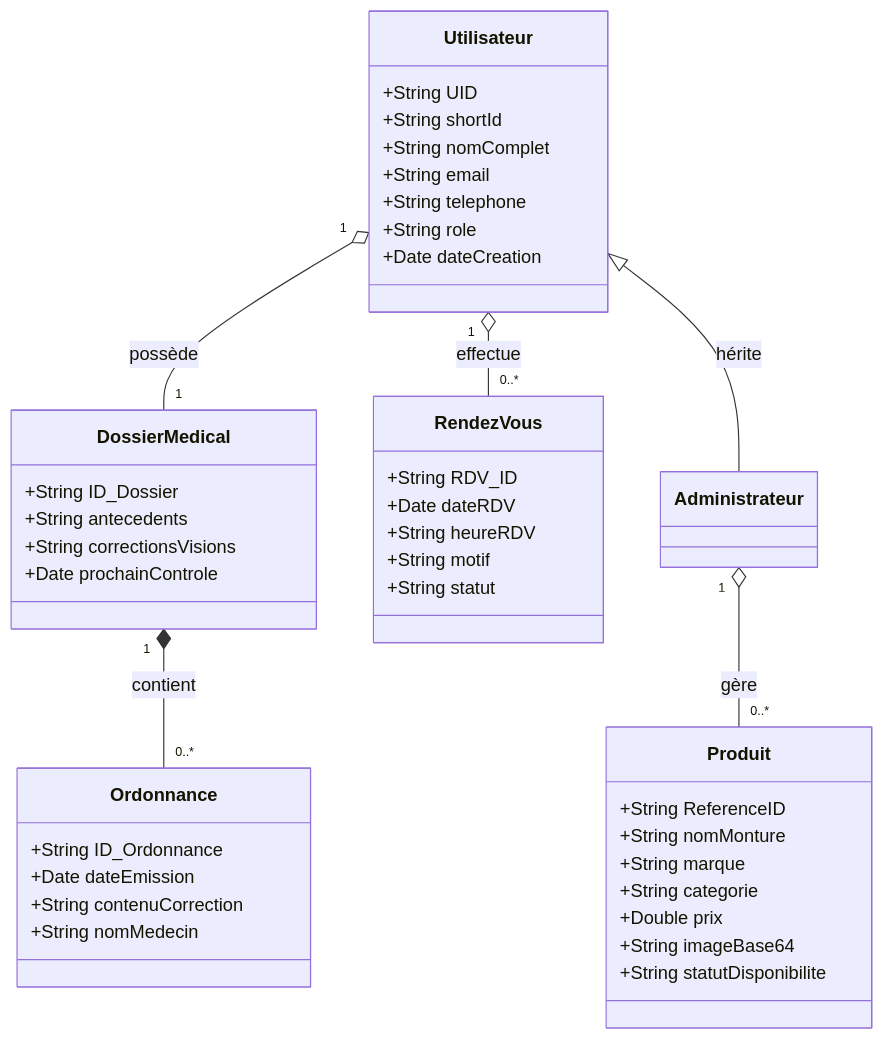
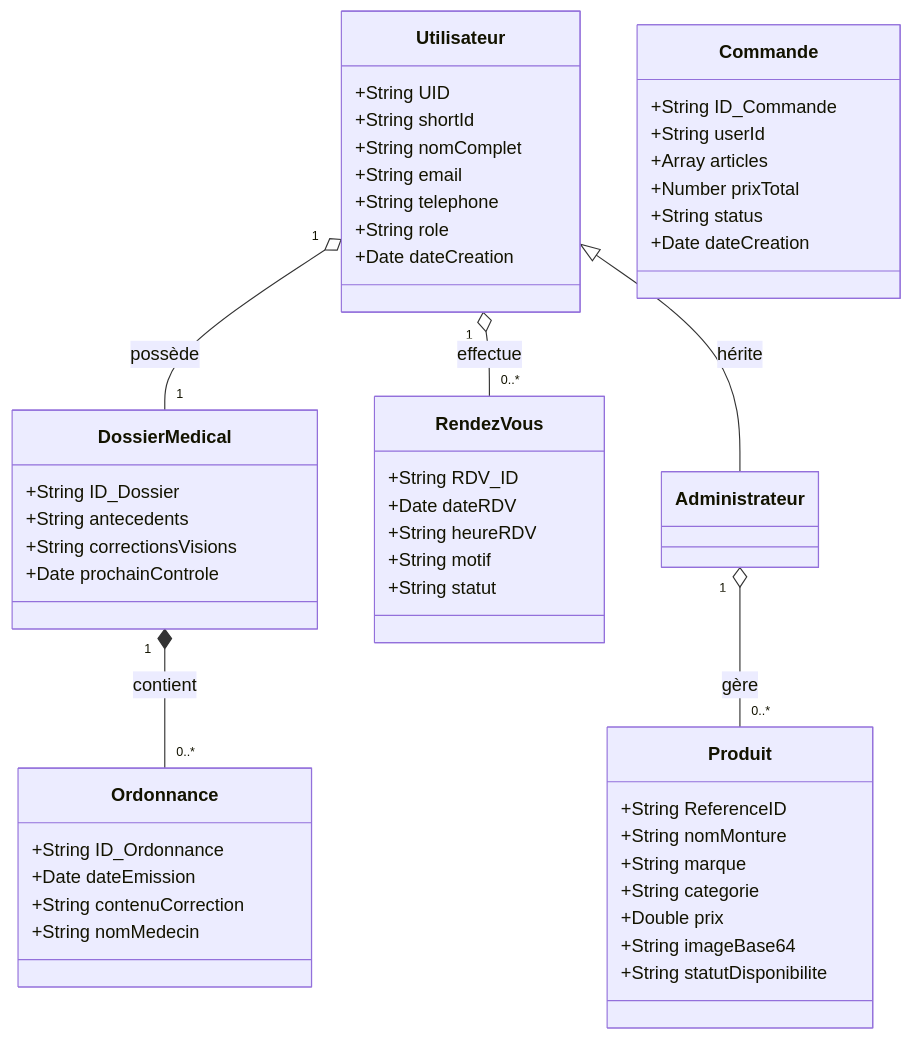
The fourth of 6 diagrams in Memoire_Complet_Barham_Optic.md (Midousy92/Barham_Optic), drawn with Mermaid before and after one commit. The commit also changed other lines of this file and 2 other files, not shown here.

Commit message:
docs: mise à jour des diagrammes UML (cas d'utilisation, séquence, classe) pour intégrer la gestion des commandes

````diff
--- a/Memoire_Complet_Barham_Optic.md
+++ b/Memoire_Complet_Barham_Optic.md
@@ -273,50 +276,59 @@
 ```mermaid
 classDiagram
     class Utilisateur {
         +String UID
         +String shortId
         +String nomComplet
         +String email
         +String telephone
         +String role
         +Date dateCreation
     }
     
     class DossierMedical {
         +String ID_Dossier
         +String antecedents
         +String correctionsVisions
         +Date prochainControle
     }
 
     class Ordonnance {
         +String ID_Ordonnance
         +Date dateEmission
         +String contenuCorrection
         +String nomMedecin
     }
     
+    class Commande {
+        +String ID_Commande
+        +String userId
+        +Array articles
+        +Number prixTotal
+        +String status
+        +Date dateCreation
+    }
+    
     class Produit {
         +String ReferenceID
         +String nomMonture
         +String marque
         +String categorie
         +Double prix
         +String imageBase64
         +String statutDisponibilite
     }
     
     class RendezVous {
         +String RDV_ID
         +Date dateRDV
         +String heureRDV
         +String motif
         +String statut
     }
 
     Utilisateur "1" o-- "1" DossierMedical : possède
     DossierMedical "1" *-- "0..*" Ordonnance : contient
     Utilisateur "1" o-- "0..*" RendezVous : effectue
     Administrateur "1" o-- "0..*" Produit : gère
     Utilisateur <|-- Administrateur : hérite
 ```
````
